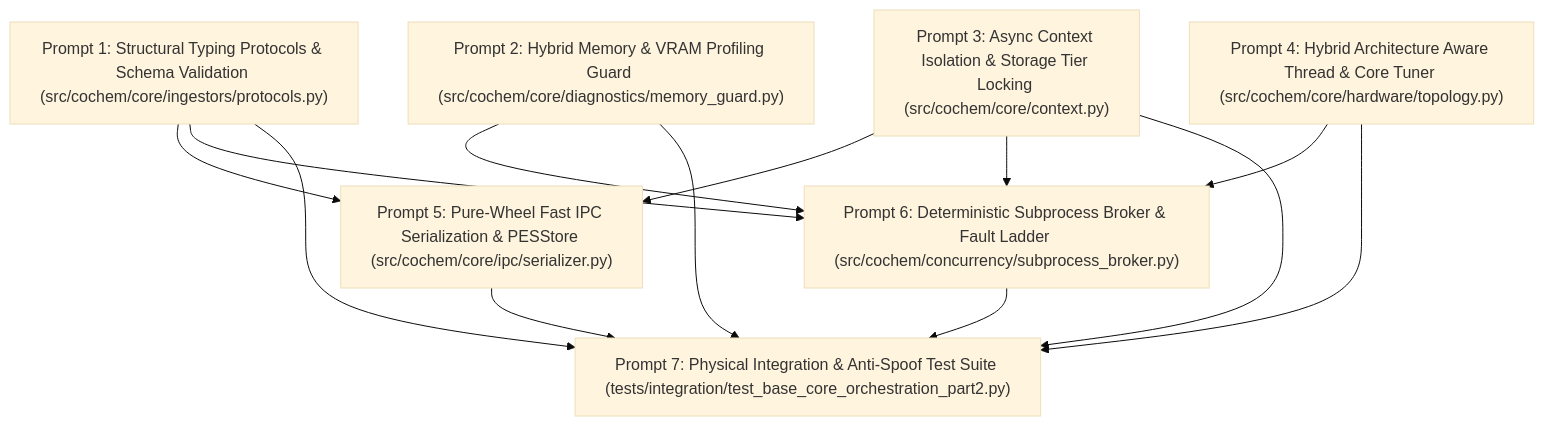
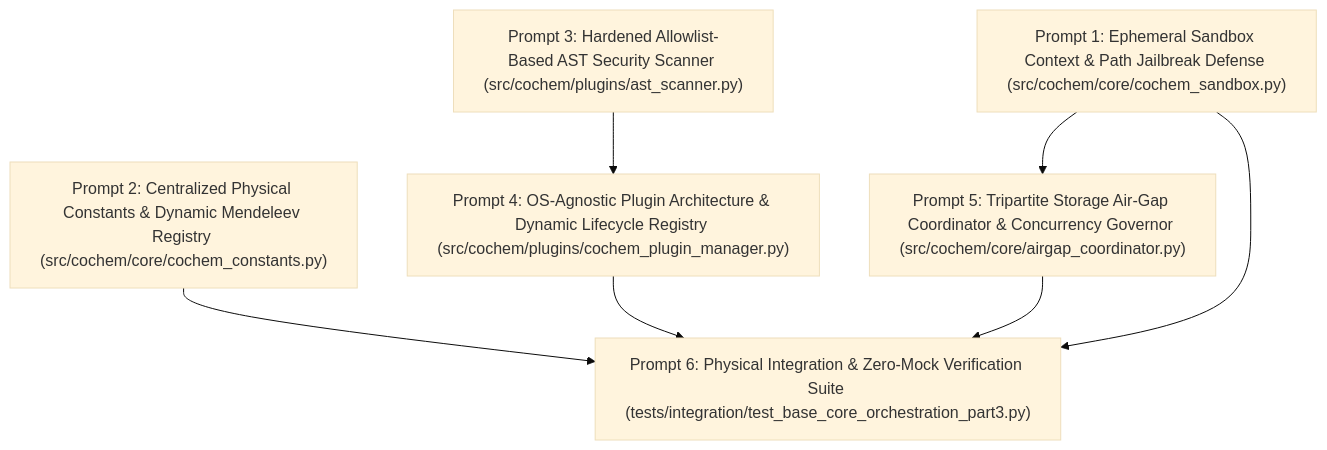
Before and after one commit to ProfJJK-CoChem/CoChem-BASE: the first of 2 diagrams in cochem_audit_payload.md, drawn with Mermaid (base theme). The commit also changed other lines of this file and 14 other files, not shown here.

Commit message:
Automated completion of Perfected_SRS_Chunk_06_BASE_Core_Orchestration_Part_3_prompts.md

````diff
--- a/cochem_audit_payload.md
+++ b/cochem_audit_payload.md
@@ -241,15 +11,9 @@
 ```mermaid
 graph TD
-    P1["Prompt 1: Structural Typing Protocols & Schema Validation (src/cochem/core/ingestors/protocols.py)"] --> P5["Prompt 5: Pure-Wheel Fast IPC Serialization & PESStore (src/cochem/core/ipc/serializer.py)"]
-    P1 --> P6["Prompt 6: Deterministic Subprocess Broker & Fault Ladder (src/cochem/concurrency/subprocess_broker.py)"]
-    P2["Prompt 2: Hybrid Memory & VRAM Profiling Guard (src/cochem/core/diagnostics/memory_guard.py)"] --> P6
-    P3["Prompt 3: Async Context Isolation & Storage Tier Locking (src/cochem/core/context.py)"] --> P5
-    P3 --> P6
-    P4["Prompt 4: Hybrid Architecture Aware Thread & Core Tuner (src/cochem/core/hardware/topology.py)"] --> P6
-    P1 --> P7["Prompt 7: Physical Integration & Anti-Spoof Test Suite (tests/integration/test_base_core_orchestration_part2.py)"]
-    P2 --> P7
-    P3 --> P7
-    P4 --> P7
-    P5 --> P7
-    P6 --> P7
+    P1["Prompt 1: Ephemeral Sandbox Context & Path Jailbreak Defense (src/cochem/core/cochem_sandbox.py)"] --> P5["Prompt 5: Tripartite Storage Air-Gap Coordinator & Concurrency Governor (src/cochem/core/airgap_coordinator.py)"]
+    P2["Prompt 2: Centralized Physical Constants & Dynamic Mendeleev Registry (src/cochem/core/cochem_constants.py)"] --> P6["Prompt 6: Physical Integration & Zero-Mock Verification Suite (tests/integration/test_base_core_orchestration_part3.py)"]
+    P3["Prompt 3: Hardened Allowlist-Based AST Security Scanner (src/cochem/plugins/ast_scanner.py)"] --> P4["Prompt 4: OS-Agnostic Plugin Architecture & Dynamic Lifecycle Registry (src/cochem/plugins/cochem_plugin_manager.py)"]
+    P4 --> P6
+    P5 --> P6
+    P1 --> P6
 ```
````
